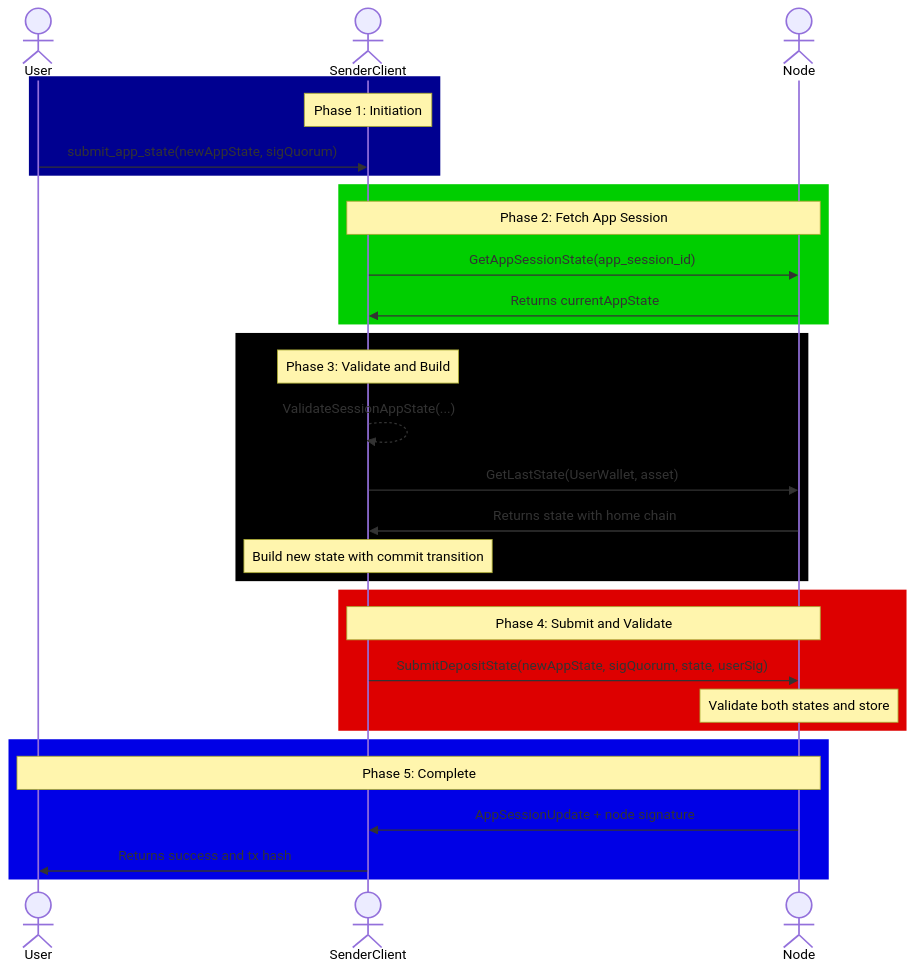
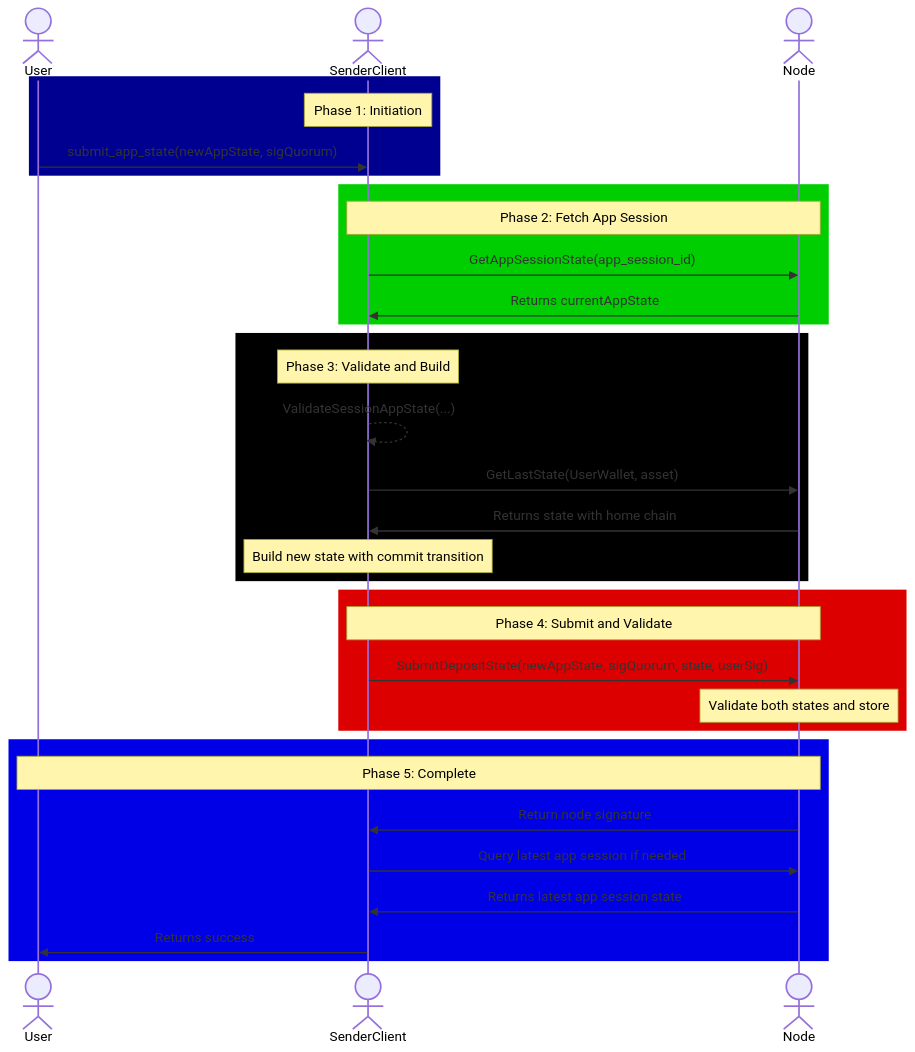
The eighth of 8 diagrams in docs/nitrolite/learn/protocol-flows/app-session-deposit.mdx (layer-3/docs), drawn with Mermaid before and after one commit. The commit also changed other lines of this file and 20 other files, not shown here.

````diff
--- a/docs/nitrolite/learn/protocol-flows/app-session-deposit.mdx
+++ b/docs/nitrolite/learn/protocol-flows/app-session-deposit.mdx
@@ -239,37 +244,39 @@
 ```mermaid
 sequenceDiagram
     actor User
     actor SenderClient
     actor Node
 
     rect rgb(0, 0, 144)
         Note over SenderClient: Phase 1: Initiation
         User->>SenderClient: submit_app_state(newAppState, sigQuorum)
     end
 
     rect rgb(0, 206, 0)
         Note over SenderClient,Node: Phase 2: Fetch App Session
         SenderClient->>Node: GetAppSessionState(app_session_id)
         Node->>SenderClient: Returns currentAppState
     end
 
     rect rgb(0, 0, 0)
         Note over SenderClient: Phase 3: Validate and Build
         SenderClient-->>SenderClient: ValidateSessionAppState(...)
         SenderClient->>Node: GetLastState(UserWallet, asset)
         Node->>SenderClient: Returns state with home chain
         Note over SenderClient: Build new state with commit transition
     end
 
     rect rgb(221, 0, 0)
         Note over SenderClient,Node: Phase 4: Submit and Validate
         SenderClient->>Node: SubmitDepositState(newAppState, sigQuorum, state, userSig)
         Note over Node: Validate both states and store
     end
 
     rect rgb(0, 0, 230)
         Note over Node,User: Phase 5: Complete
-        Node->>SenderClient: AppSessionUpdate + node signature
-        SenderClient->>User: Returns success and tx hash
+        Node->>SenderClient: Return node signature
+        SenderClient->>Node: Query latest app session if needed
+        Node->>SenderClient: Returns latest app session state
+        SenderClient->>User: Returns success
     end
 ```
````
